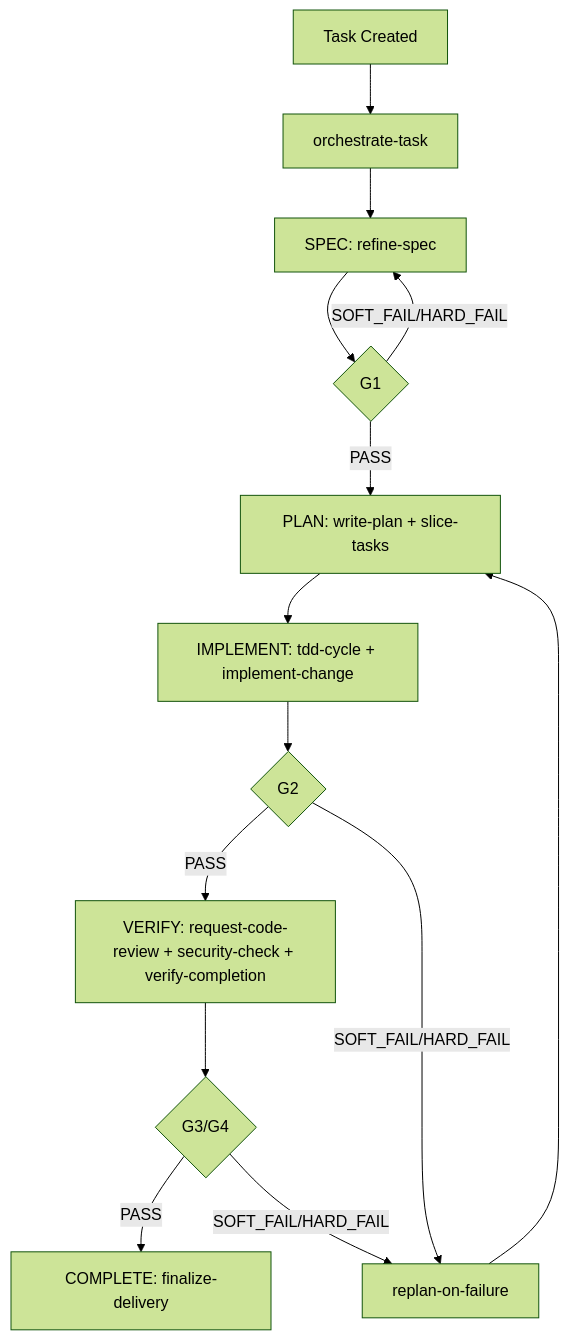
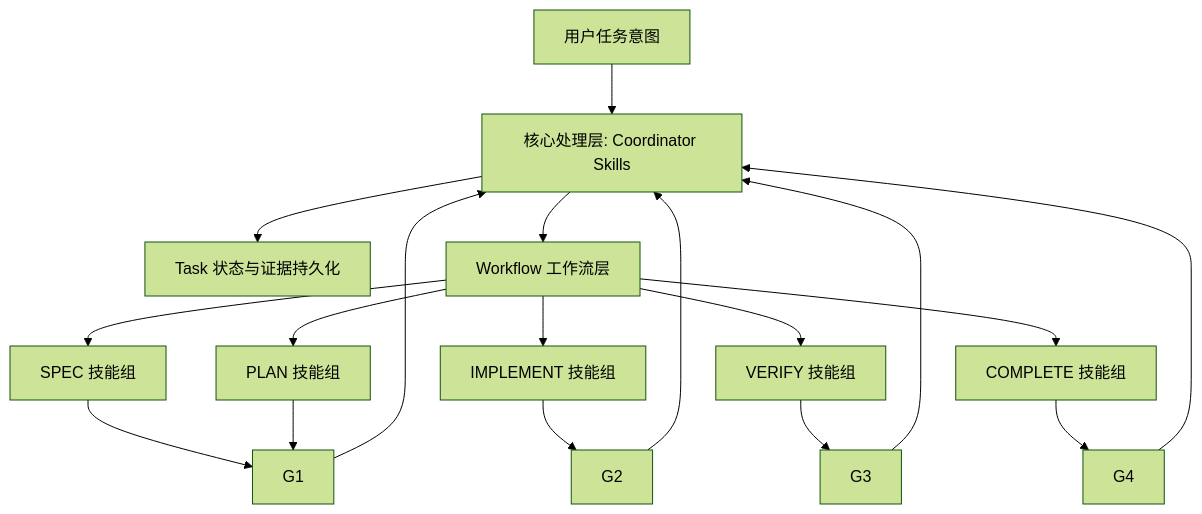
One commit to liushoukun/reason-cavalier changed the diagram in docs/skills/index.md. Above: the diagram before and after it, drawn with Mermaid (forest theme). The commit also changed other lines of this file, not shown here.

````diff
--- a/docs/skills/index.md
+++ b/docs/skills/index.md
@@ -114,16 +43,23 @@
 ```mermaid
 flowchart TD
-  A[Task Created] --> B[orchestrate-task]
-  B --> C[SPEC: refine-spec]
-  C --> D{G1}
-  D -- PASS --> E[PLAN: write-plan + slice-tasks]
-  D -- SOFT_FAIL/HARD_FAIL --> C
-  E --> F[IMPLEMENT: tdd-cycle + implement-change]
-  F --> G{G2}
-  G -- PASS --> H[VERIFY: request-code-review + security-check + verify-completion]
-  G -- SOFT_FAIL/HARD_FAIL --> I[replan-on-failure]
-  I --> E
-  H --> J{G3/G4}
-  J -- PASS --> K[COMPLETE: finalize-delivery]
-  J -- SOFT_FAIL/HARD_FAIL --> I
+  U[用户任务意图] --> C[核心处理层: Coordinator Skills]
+  C --> T[Task 状态与证据持久化]
+  C --> W[Workflow 工作流层]
+
+  W --> S[SPEC 技能组]
+  W --> P[PLAN 技能组]
+  W --> I[IMPLEMENT 技能组]
+  W --> V[VERIFY 技能组]
+  W --> D[COMPLETE 技能组]
+
+  S --> G1[G1]
+  P --> G1
+  I --> G2[G2]
+  V --> G3[G3]
+  D --> G4[G4]
+
+  G1 --> C
+  G2 --> C
+  G3 --> C
+  G4 --> C
 ```
````
